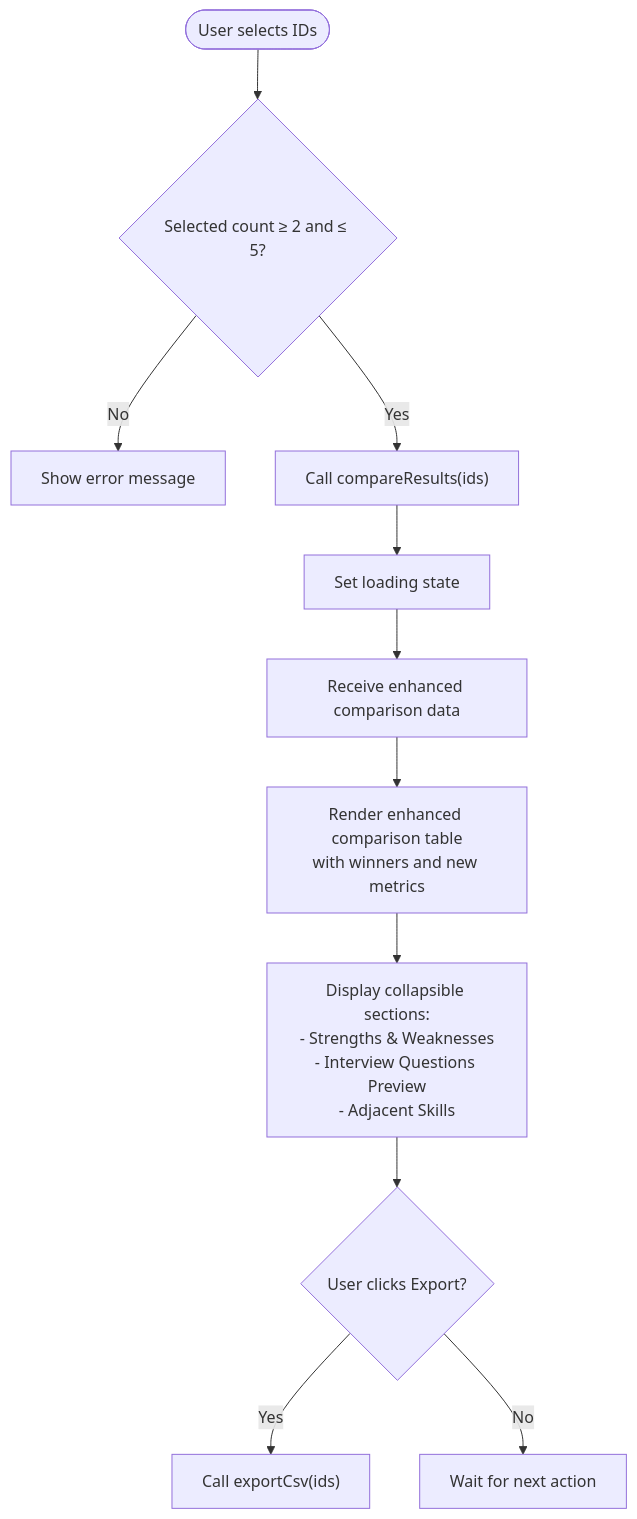
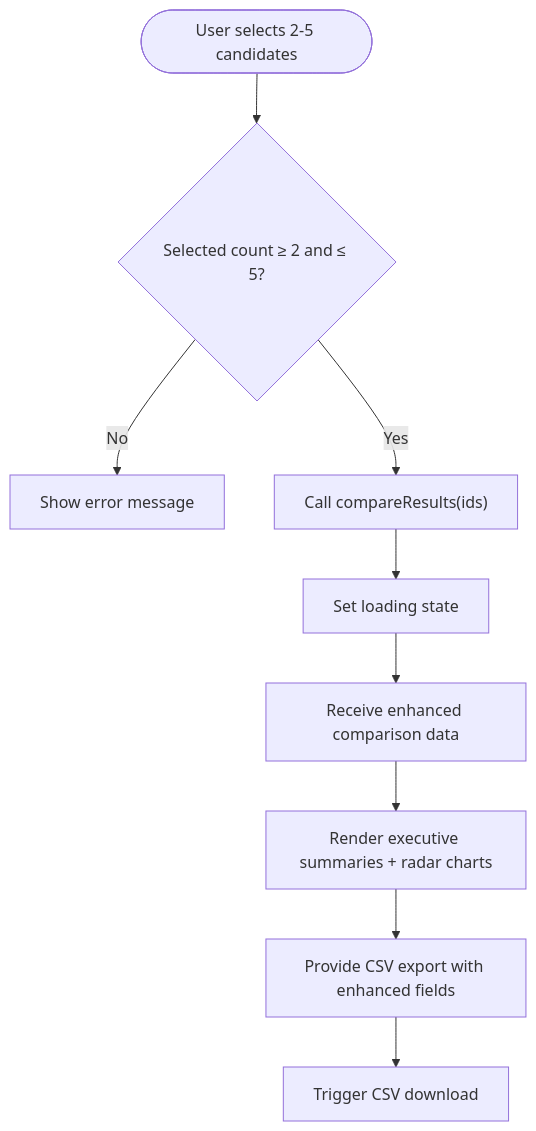
One commit to Revanththetalogics/aireume changed the third of 8 diagrams in .qoder/repowiki/en/content/Reporting & Analytics/Comparison & Visualization.md. Above: the diagram before and after it, drawn with Mermaid. The commit also changed other lines of this file and 32 other files, not shown here.

````diff
--- a/.qoder/repowiki/en/content/Reporting & Analytics/Comparison & Visualization.md
+++ b/.qoder/repowiki/en/content/Reporting & Analytics/Comparison & Visualization.md
@@ -175,13 +196,11 @@
 ```mermaid
 flowchart TD
-Start(["User selects IDs"]) --> Validate{"Selected count ≥ 2 and ≤ 5?"}
+Start(["User selects 2-5 candidates"]) --> Validate{"Selected count ≥ 2 and ≤ 5?"}
 Validate --> |No| ShowError["Show error message"]
 Validate --> |Yes| Request["Call compareResults(ids)"]
 Request --> Loading["Set loading state"]
 Loading --> Receive["Receive enhanced comparison data"]
-Receive --> Render["Render enhanced comparison table<br/>with winners and new metrics"]
-Render --> Collapsible["Display collapsible sections:<br/>- Strengths & Weaknesses<br/>- Interview Questions Preview<br/>- Adjacent Skills"]
-Collapsible --> Actions{"User clicks Export?"}
-Actions --> |Yes| Export["Call exportCsv(ids)"]
-Actions --> |No| Wait["Wait for next action"]
+Receive --> Render["Render executive summaries + radar charts"]
+Render --> Export["Provide CSV export with enhanced fields"]
+Export --> Download["Trigger CSV download"]
 ```
````
